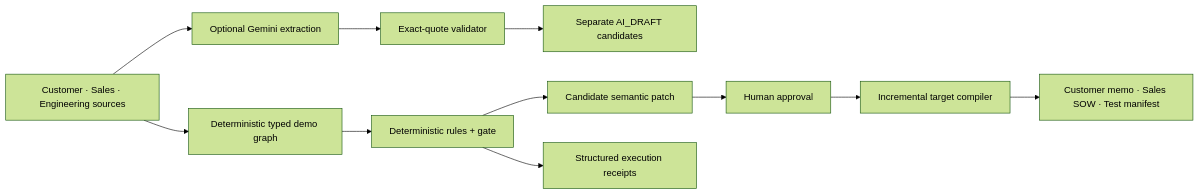
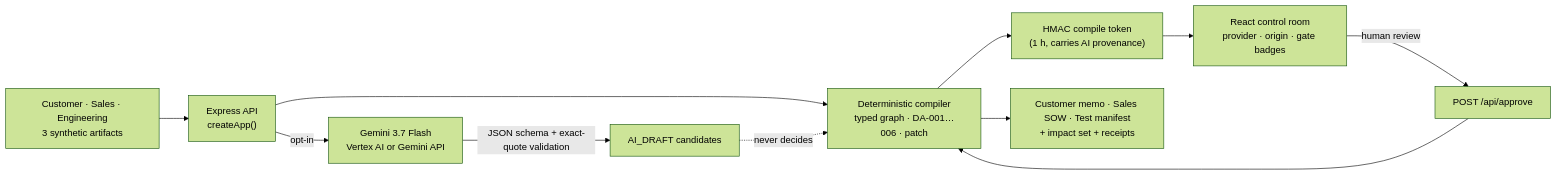
Before and after one commit to chquandogong/deployalign: the diagram in README.md, drawn with Mermaid (forest theme). The commit also changed other lines of this file and 8 other files, not shown here.

First line of the commit message:
docs: rewrite README in English, Korean and Chinese; add contributing, security and roadmap

````diff
--- a/README.md
+++ b/README.md
@@ -42,13 +102,13 @@
 ```mermaid
 flowchart LR
-  A["Customer · Sales · Engineering sources"] --> B["Optional Gemini extraction"]
-  B --> C["Exact-quote validator"]
-  C --> K["Separate AI_DRAFT candidates"]
-  A --> D["Deterministic typed demo graph"]
-  D --> E["Deterministic rules + gate"]
-  E --> F["Candidate semantic patch"]
-  F --> G["Human approval"]
-  G --> H["Incremental target compiler"]
-  H --> I["Customer memo · Sales SOW · Test manifest"]
-  E --> J["Structured execution receipts"]
+  A["Customer · Sales · Engineering<br/>3 synthetic artifacts"] --> API["Express API<br/>createApp()"]
+  API -->|"opt-in"| G["Gemini 3.7 Flash<br/>Vertex AI or Gemini API"]
+  G -->|"JSON schema + exact-quote validation"| K["AI_DRAFT candidates"]
+  API --> D["Deterministic compiler<br/>typed graph · DA-001…006 · patch"]
+  K -.->|"never decides"| D
+  D --> T["HMAC compile token<br/>(1 h, carries AI provenance)"]
+  T --> UI["React control room<br/>provider · origin · gate badges"]
+  UI -->|"human review"| AP["POST /api/approve"]
+  AP --> D
+  D --> OUT["Customer memo · Sales SOW · Test manifest<br/>+ impact set + receipts"]
 ```
````
